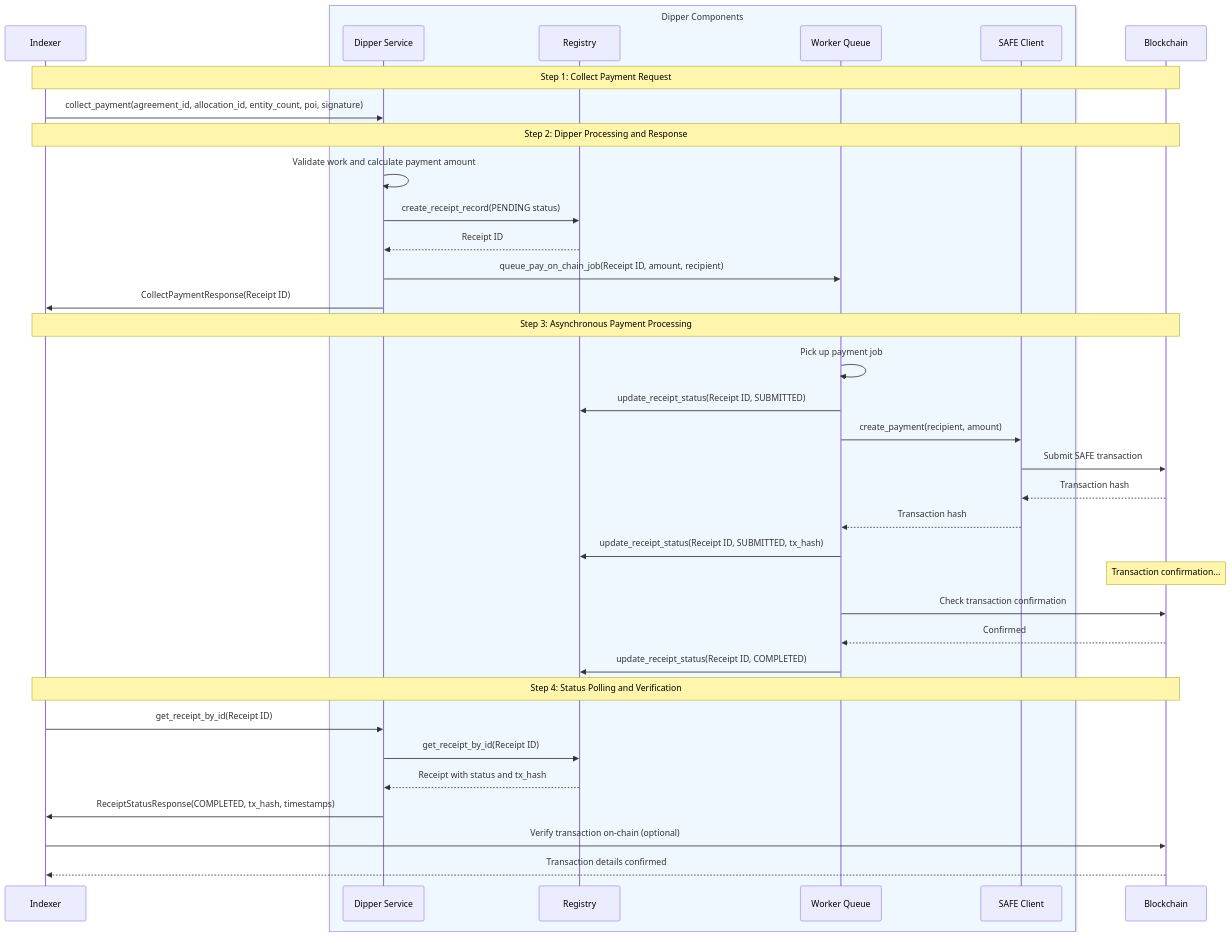
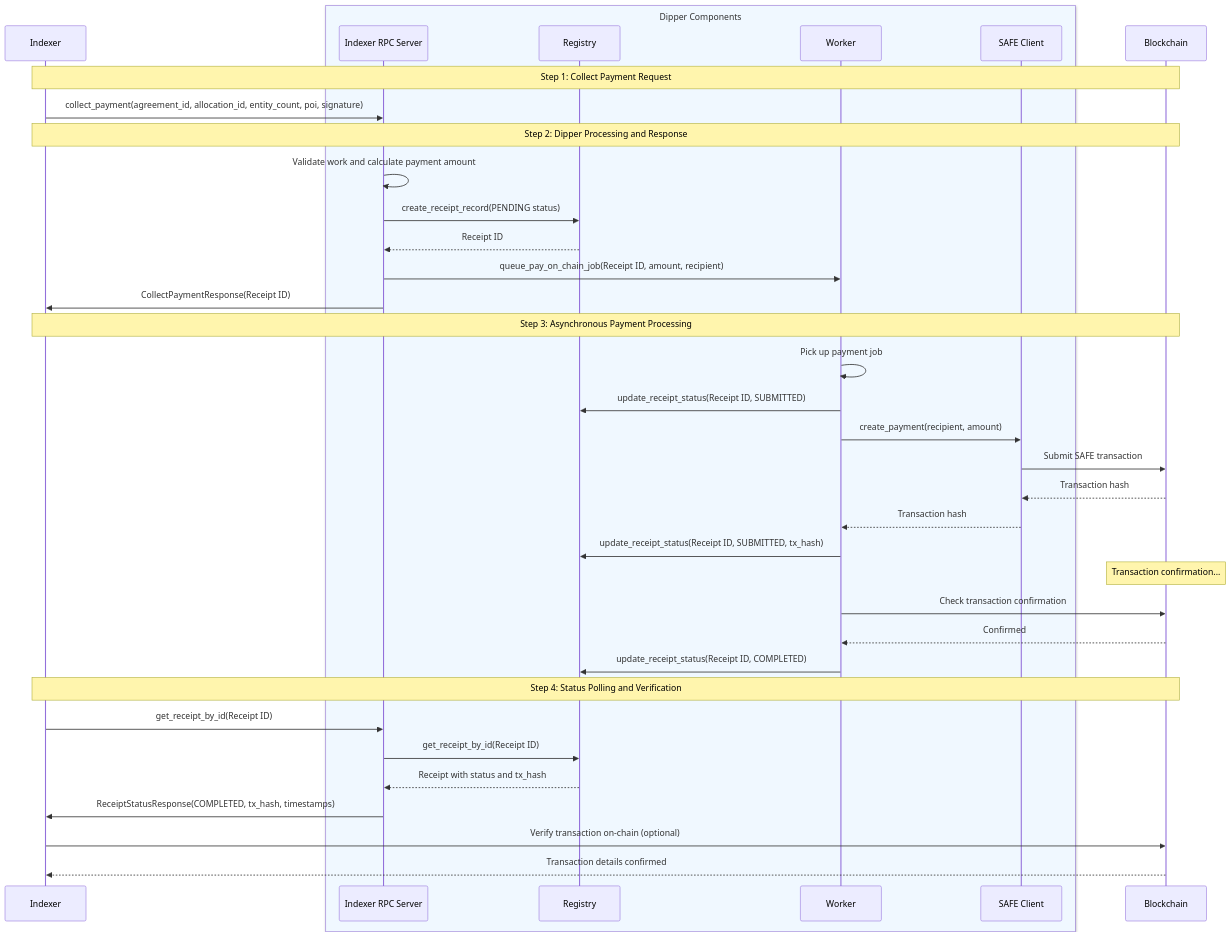
One commit to edgeandnode/dipper changed the second of 2 diagrams in docs/rfcs/001-on-chain-safe-payments.md. Above: the diagram before and after it, drawn with Mermaid.

Commit message:
docs(rfc): update participant names in sequence diagram for accuracy
- Changed "Dipper Service" to "Indexer RPC Server" and "Worker Queue" to "Worker" in the sequence diagram to better reflect the current architecture and improve clarity.

````diff
--- a/docs/rfcs/001-on-chain-safe-payments.md
+++ b/docs/rfcs/001-on-chain-safe-payments.md
@@ -176,45 +176,45 @@
 ```mermaid
 sequenceDiagram
     participant I as Indexer
     box rgb(240, 248, 255) Dipper Components
-        participant D as Dipper Service
+        participant D as Indexer RPC Server
         participant R as Registry
-        participant W as Worker Queue
+        participant W as Worker
         participant S as SAFE Client
     end
     participant B as Blockchain
 
     Note over I,B: Step 1: Collect Payment Request
     I->>D: collect_payment(agreement_id, allocation_id, entity_count, poi, signature)
     
     Note over I,B: Step 2: Dipper Processing and Response
     D->>D: Validate work and calculate payment amount
     D->>R: create_receipt_record(PENDING status)
     R-->>D: Receipt ID
     D->>W: queue_pay_on_chain_job(Receipt ID, amount, recipient)
     D->>I: CollectPaymentResponse(Receipt ID)
     
     Note over I,B: Step 3: Asynchronous Payment Processing
     W->>W: Pick up payment job
     W->>R: update_receipt_status(Receipt ID, SUBMITTED)
     W->>S: create_payment(recipient, amount)
     S->>B: Submit SAFE transaction
     B-->>S: Transaction hash
     S-->>W: Transaction hash
     W->>R: update_receipt_status(Receipt ID, SUBMITTED, tx_hash)
     
     Note over B: Transaction confirmation...
     
     W->>B: Check transaction confirmation
     B-->>W: Confirmed
     W->>R: update_receipt_status(Receipt ID, COMPLETED)
     
     Note over I,B: Step 4: Status Polling and Verification
     I->>D: get_receipt_by_id(Receipt ID)
     D->>R: get_receipt_by_id(Receipt ID)
     R-->>D: Receipt with status and tx_hash
     D->>I: ReceiptStatusResponse(COMPLETED, tx_hash, timestamps)
     
     I->>B: Verify transaction on-chain (optional)
     B-->>I: Transaction details confirmed
 ```
````
